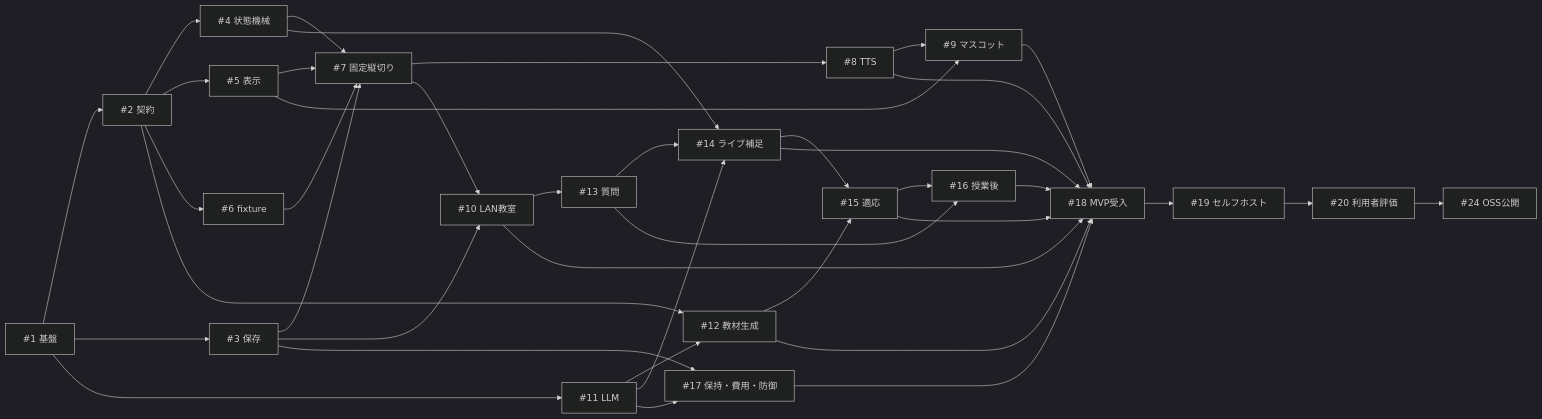
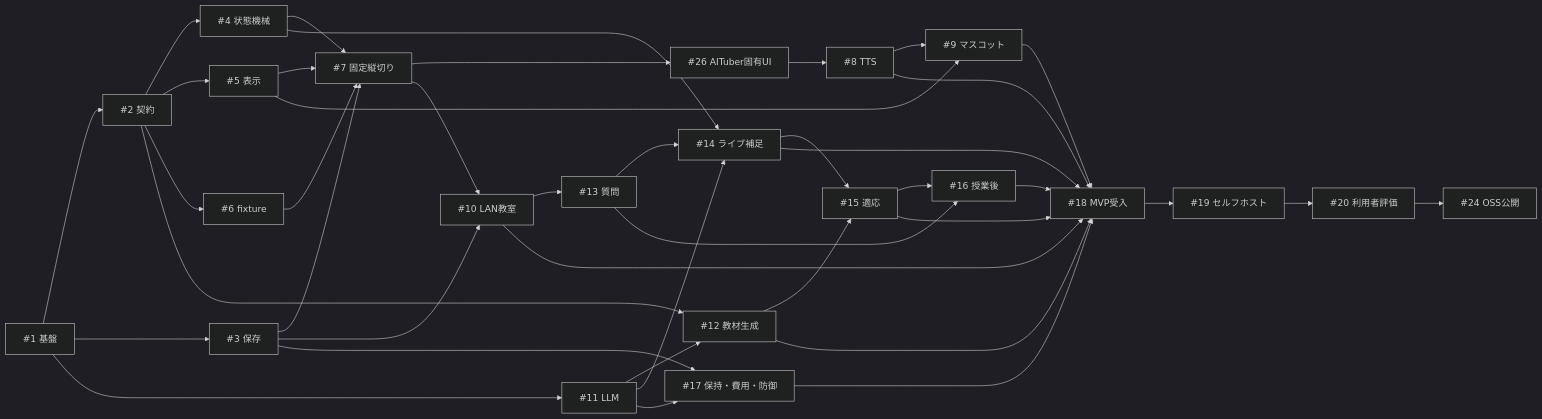
Before and after one commit to mani1261790/AITuber: the diagram in docs/IMPLEMENTATION_PLAN.md, drawn with Mermaid (dark theme). The commit also changed other lines of this file and 9 other files, not shown here.

````diff
--- a/docs/IMPLEMENTATION_PLAN.md
+++ b/docs/IMPLEMENTATION_PLAN.md
@@ -57,41 +58,42 @@
 ```mermaid
 flowchart LR
     I1["#1 基盤"] --> I2["#2 契約"]
     I1 --> I3["#3 保存"]
     I2 --> I4["#4 状態機械"]
     I2 --> I5["#5 表示"]
     I2 --> I6["#6 fixture"]
     I3 --> I7["#7 固定縦切り"]
     I4 --> I7
     I5 --> I7
     I6 --> I7
-    I7 --> I8["#8 TTS"]
+    I7 --> I26["#26 AITuber固有UI"]
+    I26 --> I8["#8 TTS"]
     I5 --> I9["#9 マスコット"]
     I8 --> I9
     I3 --> I10["#10 LAN教室"]
     I7 --> I10
     I1 --> I11["#11 LLM"]
     I2 --> I12["#12 教材生成"]
     I11 --> I12
     I10 --> I13["#13 質問"]
     I11 --> I14["#14 ライブ補足"]
     I13 --> I14
     I4 --> I14
     I12 --> I15["#15 適応"]
     I14 --> I15
     I13 --> I16["#16 授業後"]
     I15 --> I16
     I3 --> I17["#17 保持・費用・防御"]
     I11 --> I17
     I8 --> I18["#18 MVP受入"]
     I9 --> I18
     I10 --> I18
     I12 --> I18
     I14 --> I18
     I15 --> I18
     I16 --> I18
     I17 --> I18
     I18 --> I19["#19 セルフホスト"]
     I19 --> I20["#20 利用者評価"]
     I20 --> I24["#24 OSS公開"]
 ```
````
